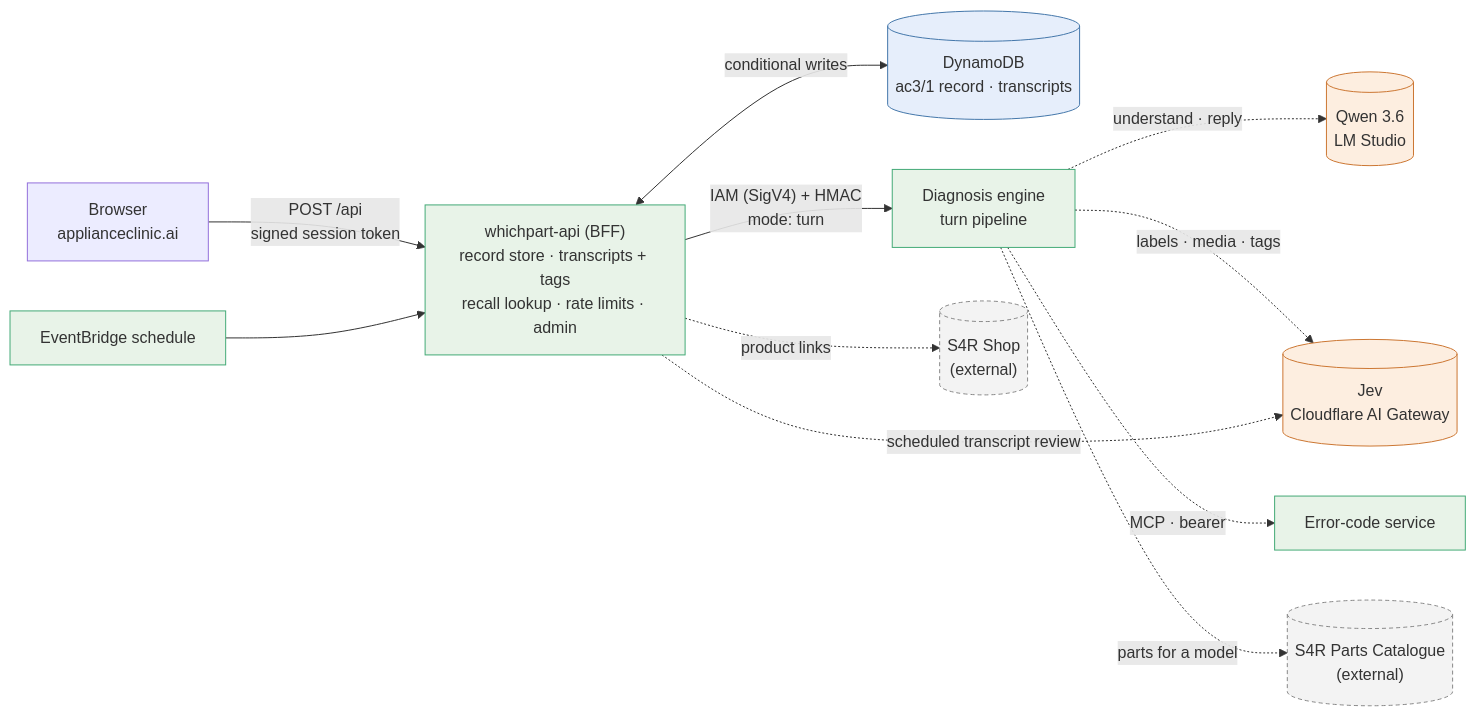
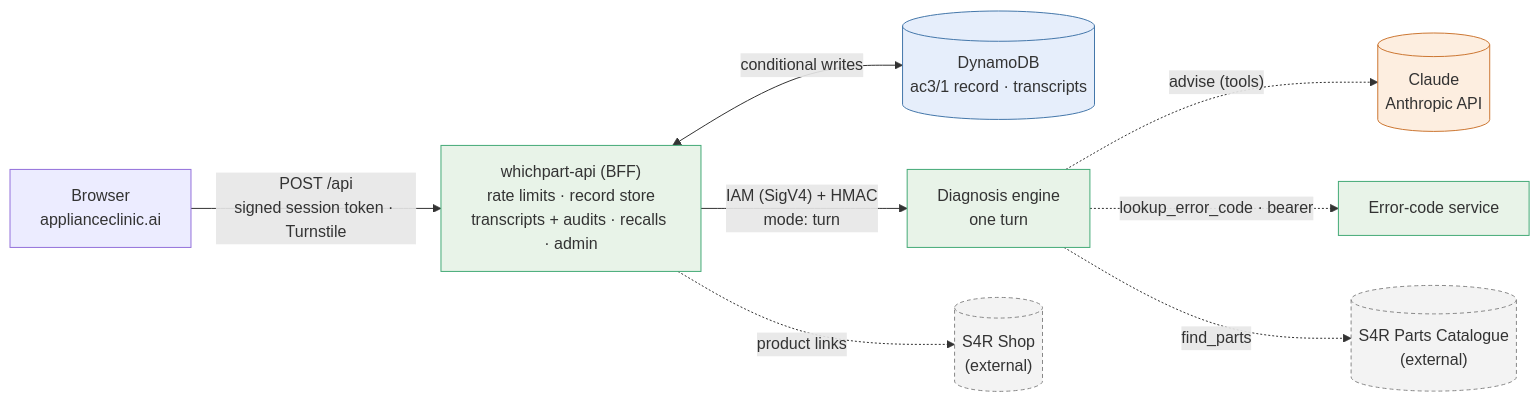
The first of 4 diagrams in docs/architecture/overview.md (timdodgson/appliance-clinic), drawn with Mermaid before and after one commit. The commit also changed other lines of this file and 10362 other files, not shown here.

````diff
--- a/docs/architecture/overview.md
+++ b/docs/architecture/overview.md
@@ -20,21 +20,18 @@
 ```mermaid
 flowchart LR
-  B["Browser<br/>applianceclinic.ai"] -->|"POST /api<br/>signed session token"| W["whichpart-api (BFF)<br/>record store · transcripts + tags<br/>recall lookup · rate limits · admin"]
+  B["Browser<br/>applianceclinic.ai"] -->|"POST /api<br/>signed session token · Turnstile"| W["whichpart-api (BFF)<br/>rate limits · record store<br/>transcripts + audits · recalls · admin"]
   W <-->|"conditional writes"| D[("DynamoDB<br/>ac3/1 record · transcripts")]
-  W -->|"IAM (SigV4) + HMAC<br/>mode: turn"| E["Diagnosis engine<br/>turn pipeline"]
-  E -.->|"understand · reply"| Q[("Qwen 3.6<br/>LM Studio")]
-  E -.->|"labels · media · tags"| J[("Jev<br/>Cloudflare AI Gateway")]
-  E -.->|"MCP · bearer"| X["Error-code service"]
-  E -.->|"parts for a model"| C[("S4R Parts Catalogue<br/>(external)")]
+  W -->|"IAM (SigV4) + HMAC<br/>mode: turn"| E["Diagnosis engine<br/>one turn"]
+  E -.->|"advise (tools)"| M[("Claude<br/>Anthropic API")]
+  E -.->|"lookup_error_code · bearer"| X["Error-code service"]
+  E -.->|"find_parts"| C[("S4R Parts Catalogue<br/>(external)")]
   W -.->|"product links"| S[("S4R Shop<br/>(external)")]
-  T["EventBridge schedule"] --> W
-  W -.->|"scheduled transcript review"| J
   classDef det fill:#e8f3e8,stroke:#4a7;
   classDef model fill:#fdeee0,stroke:#c73;
   classDef state fill:#e6eefb,stroke:#47a;
   classDef ext fill:#f3f3f3,stroke:#888,stroke-dasharray: 4 3;
-  class W,E,X,T det
-  class Q,J model
+  class W,E,X det
+  class M model
   class D state
   class C,S ext
 ```
````
